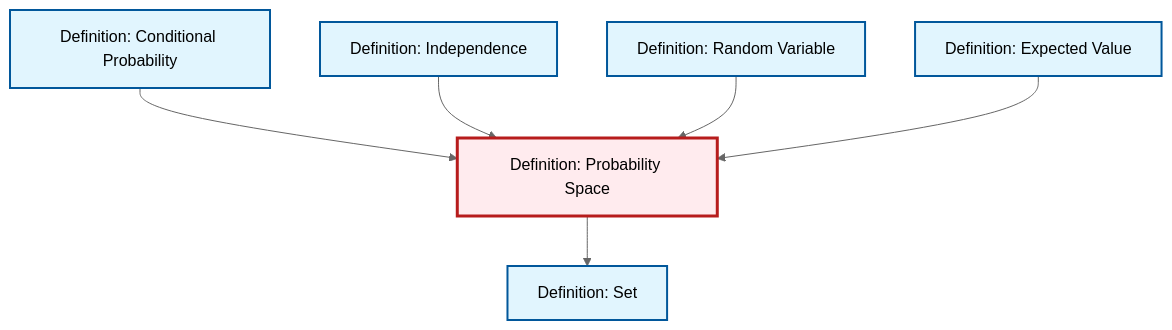
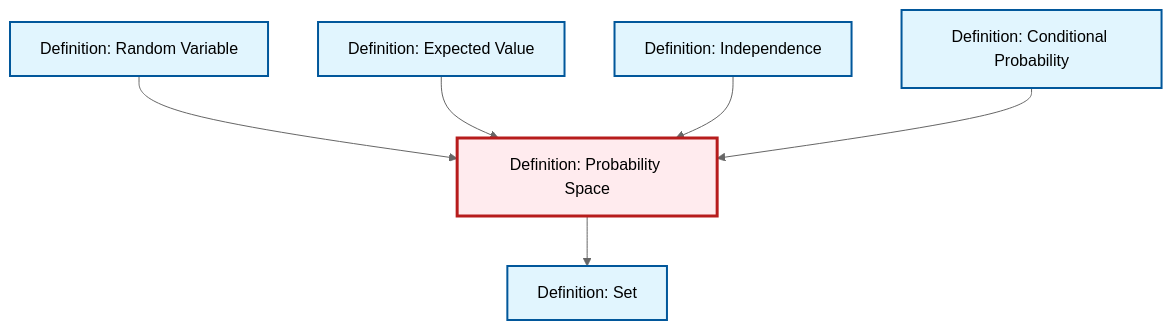
One commit to RK0429/ModernMath changed the diagram in content/ja/probability-statistics/def-probability-space.qmd. Above: the diagram before and after it, drawn with Mermaid (neutral theme). The commit also changed other lines of this file and 554 other files, not shown here.

````diff
--- a/content/ja/probability-statistics/def-probability-space.qmd
+++ b/content/ja/probability-statistics/def-probability-space.qmd
@@ -47,26 +47,26 @@
 ```{mermaid}
 %%| fig-cap: "Local dependency graph"
 graph TD
     classDef definition fill:#e1f5fe,stroke:#01579b,stroke-width:2px
     classDef theorem fill:#f3e5f5,stroke:#4a148c,stroke-width:2px
     classDef axiom fill:#fff3e0,stroke:#e65100,stroke-width:2px
     classDef example fill:#e8f5e9,stroke:#1b5e20,stroke-width:2px
     classDef current fill:#ffebee,stroke:#b71c1c,stroke-width:3px
-    def-set["Definition: Set"]:::definition
-    def-expectation["Definition: Expected Value"]:::definition
     def-random-variable["Definition: Random Variable"]:::definition
     def-probability-space["Definition: Probability Space"]:::definition
     def-conditional-probability["Definition: Conditional Probability"]:::definition
+    def-set["Definition: Set"]:::definition
     def-independence["Definition: Independence"]:::definition
-    def-conditional-probability --> def-probability-space
+    def-expectation["Definition: Expected Value"]:::definition
     def-probability-space --> def-set
-    def-independence --> def-probability-space
     def-random-variable --> def-probability-space
     def-expectation --> def-probability-space
+    def-independence --> def-probability-space
+    def-conditional-probability --> def-probability-space
     class def-probability-space current
-    click def-set "def-set.html" "Definition: Setへ"
-    click def-expectation "def-expectation.html" "Definition: Expected Valueへ"
     click def-random-variable "def-random-variable.html" "Definition: Random Variableへ"
     click def-conditional-probability "def-conditional-probability.html" "Definition: Conditional Probabilityへ"
+    click def-set "def-set.html" "Definition: Setへ"
     click def-independence "def-independence.html" "Definition: Independenceへ"
+    click def-expectation "def-expectation.html" "Definition: Expected Valueへ"
 ```
````
